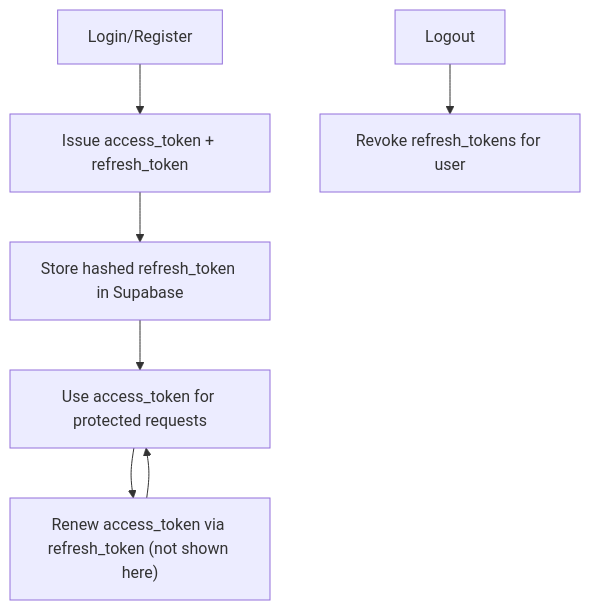
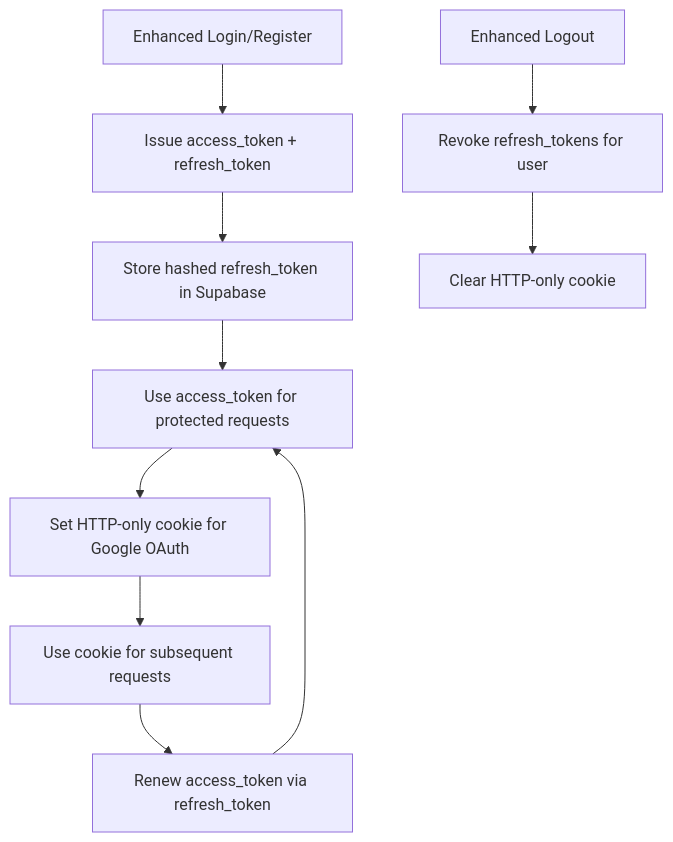
One commit to devonxjz/MissLost changed the seventh of 9 diagrams in .qoder/repowiki/en/content/Project Overview/Core Features/User Authentication & Authorization.md. Above: the diagram before and after it, drawn with Mermaid. The commit also changed other lines of this file and 12 other files, not shown here.

````diff
--- a/.qoder/repowiki/en/content/Project Overview/Core Features/User Authentication & Authorization.md
+++ b/.qoder/repowiki/en/content/Project Overview/Core Features/User Authentication & Authorization.md
@@ -333,9 +383,12 @@
 ```mermaid
 flowchart TD
-Login["Login/Register"] --> IssueTokens["Issue access_token + refresh_token"]
+Login["Enhanced Login/Register"] --> IssueTokens["Issue access_token + refresh_token"]
 IssueTokens --> StoreRefresh["Store hashed refresh_token in Supabase"]
 StoreRefresh --> UseAccess["Use access_token for protected requests"]
-UseAccess --> Renew["Renew access_token via refresh_token (not shown here)"]
+UseAccess --> SetCookie["Set HTTP-only cookie for Google OAuth"]
+SetCookie --> UseCookie["Use cookie for subsequent requests"]
+UseCookie --> Renew["Renew access_token via refresh_token"]
 Renew --> UseAccess
-Logout["Logout"] --> RevokeRefresh["Revoke refresh_tokens for user"]
+Logout["Enhanced Logout"] --> RevokeRefresh["Revoke refresh_tokens for user"]
+RevokeRefresh --> ClearCookie["Clear HTTP-only cookie"]
 ```
````
